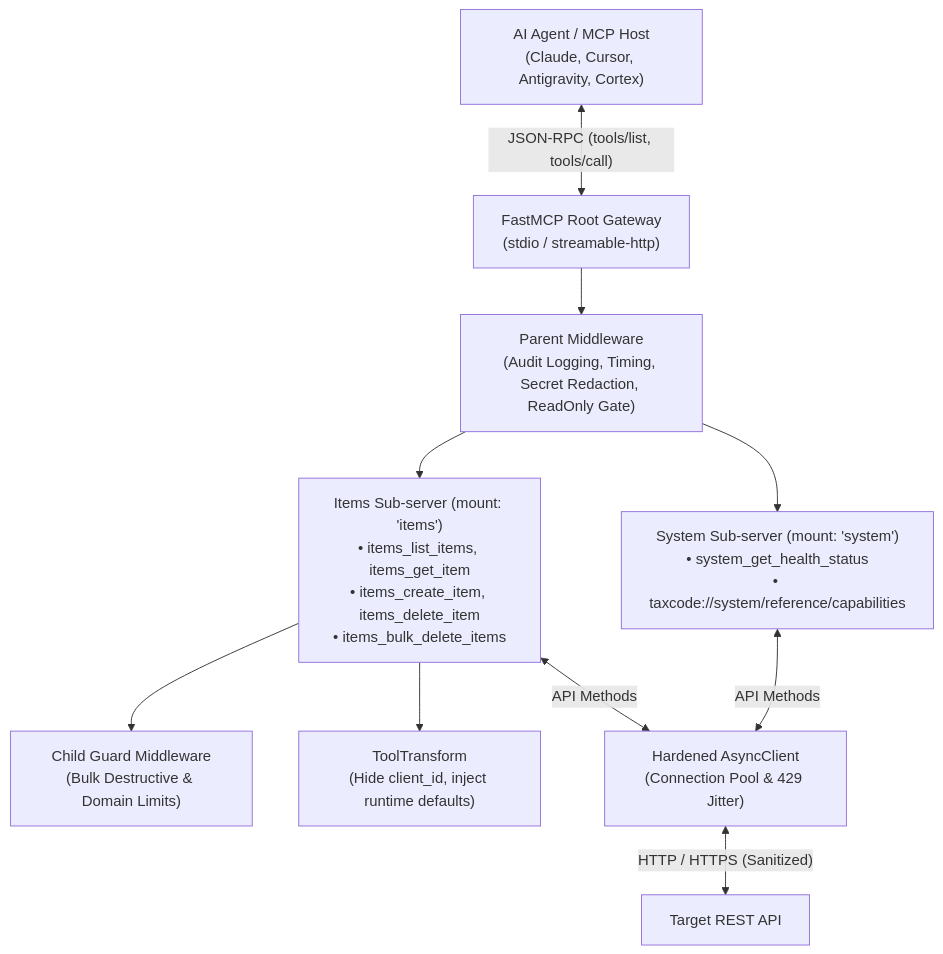
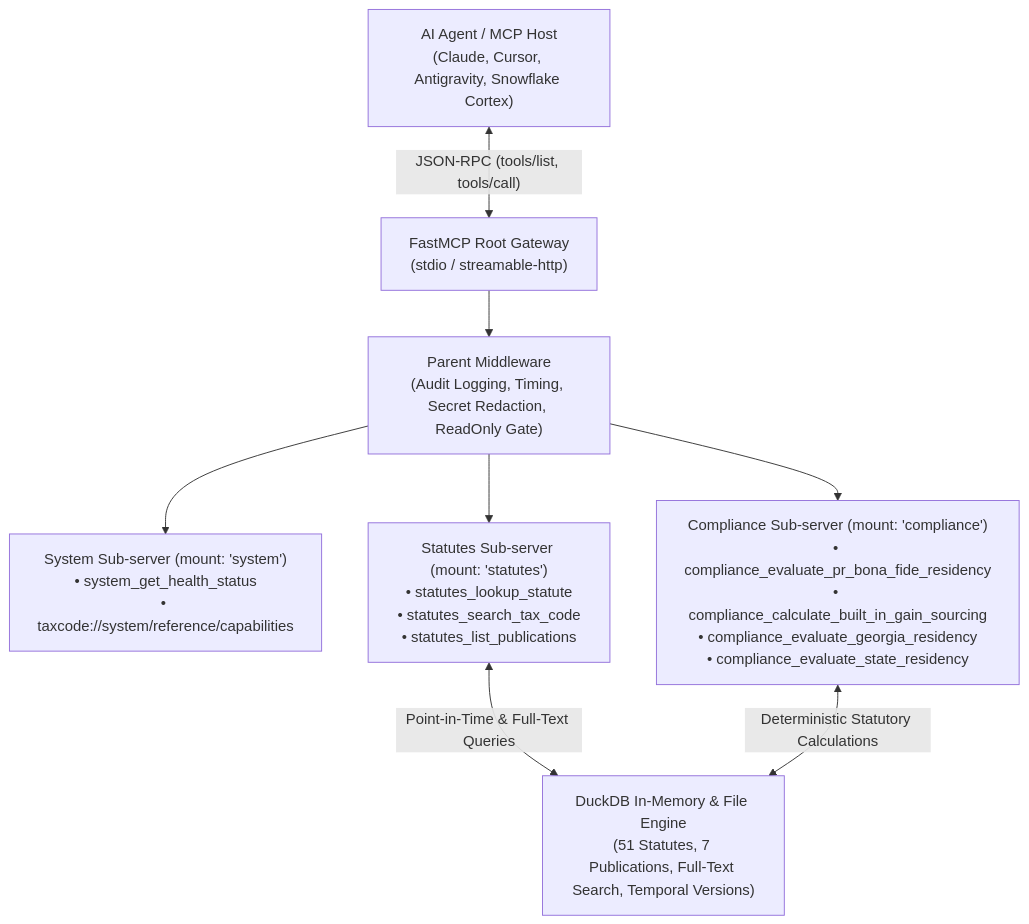
The diagram in README.md (christianclaudio/mcp-server-taxcode), drawn with Mermaid before and after one commit. The commit also changed other lines of this file and 73 other files, not shown here.

First line of the commit message:
feat(statutes): multi-state tax corridors, temporal versioning, and compliance engine (#1)

````diff
--- a/README.md
+++ b/README.md
@@ -17,21 +17,18 @@
 ```mermaid
 graph TD
-    Client["AI Agent / MCP Host<br>(Claude, Cursor, Antigravity, Cortex)"]
+    Client["AI Agent / MCP Host<br>(Claude, Cursor, Antigravity, Snowflake Cortex)"]
     Gateway["FastMCP Root Gateway<br>(stdio / streamable-http)"]
     ParentMW["Parent Middleware<br>(Audit Logging, Timing, Secret Redaction, ReadOnly Gate)"]
     SysSub["System Sub-server (mount: 'system')<br>• system_get_health_status<br>• taxcode://system/reference/capabilities"]
-    ItemsSub["Items Sub-server (mount: 'items')<br>• items_list_items, items_get_item<br>• items_create_item, items_delete_item<br>• items_bulk_delete_items"]
-    ChildMW["Child Guard Middleware<br>(Bulk Destructive & Domain Limits)"]
-    Transform["ToolTransform<br>(Hide client_id, inject runtime defaults)"]
-    ClientHandler["Hardened AsyncClient<br>(Connection Pool & 429 Jitter)"]
-    API["Target REST API"]
+    StatSub["Statutes Sub-server (mount: 'statutes')<br>• statutes_lookup_statute<br>• statutes_search_tax_code<br>• statutes_list_publications"]
+    CompSub["Compliance Sub-server (mount: 'compliance')<br>• compliance_evaluate_pr_bona_fide_residency<br>• compliance_calculate_built_in_gain_sourcing<br>• compliance_evaluate_georgia_residency<br>• compliance_evaluate_state_residency"]
+    DuckDB["DuckDB In-Memory & File Engine<br>(51 Statutes, 7 Publications, Full-Text Search, Temporal Versions)"]
 
     Client <-->|"JSON-RPC (tools/list, tools/call)"| Gateway
     Gateway --> ParentMW
     ParentMW --> SysSub
-    ParentMW --> ItemsSub
-    ItemsSub --> ChildMW
-    ItemsSub --> Transform
-    SysSub & ItemsSub <-->|"API Methods"| ClientHandler
-    ClientHandler <-->|"HTTP / HTTPS (Sanitized)"| API
+    ParentMW --> StatSub
+    ParentMW --> CompSub
+    StatSub <-->|"Point-in-Time & Full-Text Queries"| DuckDB
+    CompSub <-->|"Deterministic Statutory Calculations"| DuckDB
 ```
````
